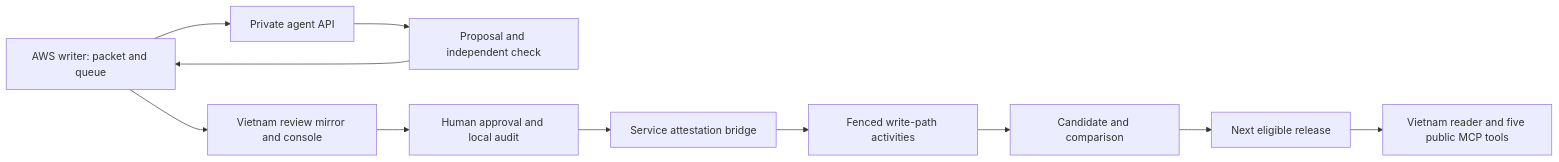
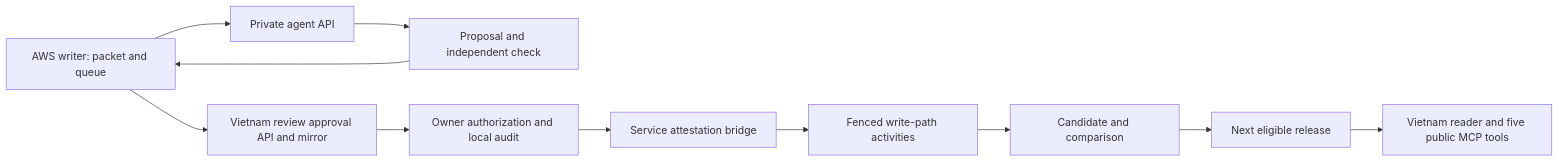
Before and after one commit to dannyota/banhmi: the diagram in docs/specs/corpus-review.md, drawn with Mermaid. The commit also changed other lines of this file and 8 other files, not shown here.

````diff
--- a/docs/specs/corpus-review.md
+++ b/docs/specs/corpus-review.md
@@ -155,10 +155,10 @@
 ```mermaid
 flowchart LR
   W["AWS writer: packet and queue"] --> A["Private agent API"]
   A --> P["Proposal and independent check"] --> W
-  W --> V["Vietnam review mirror and console"]
-  V --> H["Human approval and local audit"]
+  W --> V["Vietnam review approval API and mirror"]
+  V --> H["Owner authorization and local audit"]
   H --> B["Service attestation bridge"] --> F["Fenced write-path activities"]
   F --> C["Candidate and comparison"] --> R["Next eligible release"]
   R --> S["Vietnam reader and five public MCP tools"]
 ```
````
